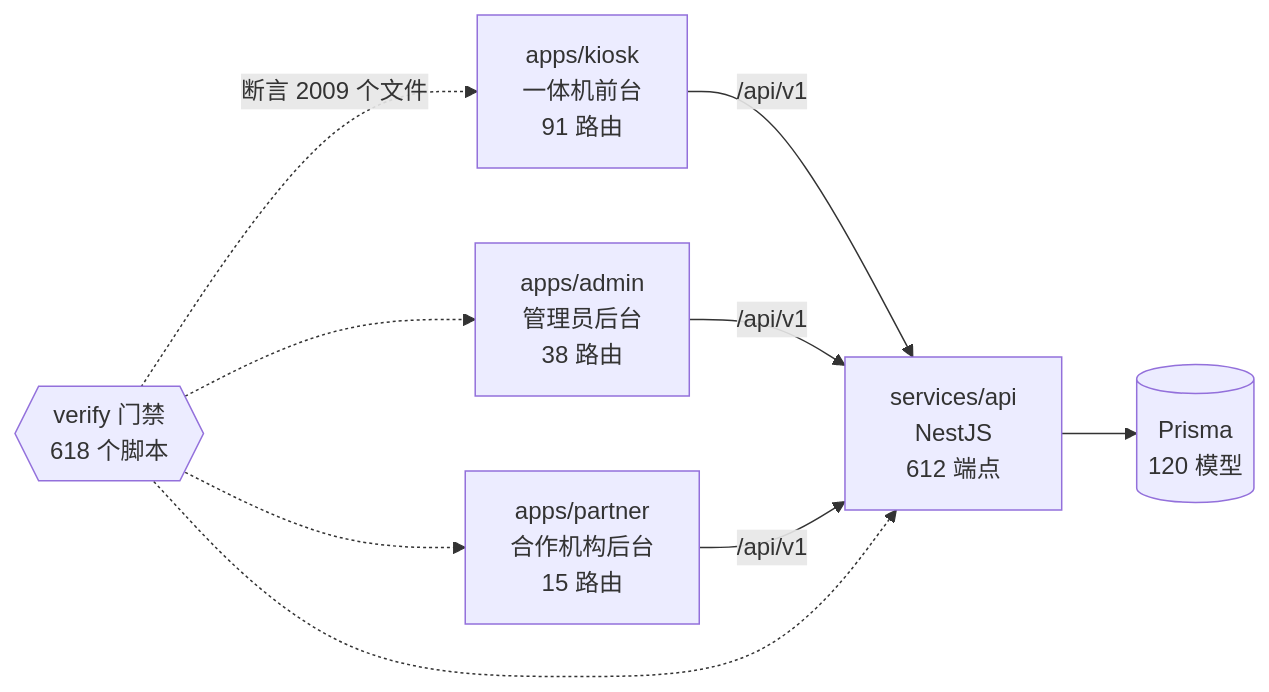
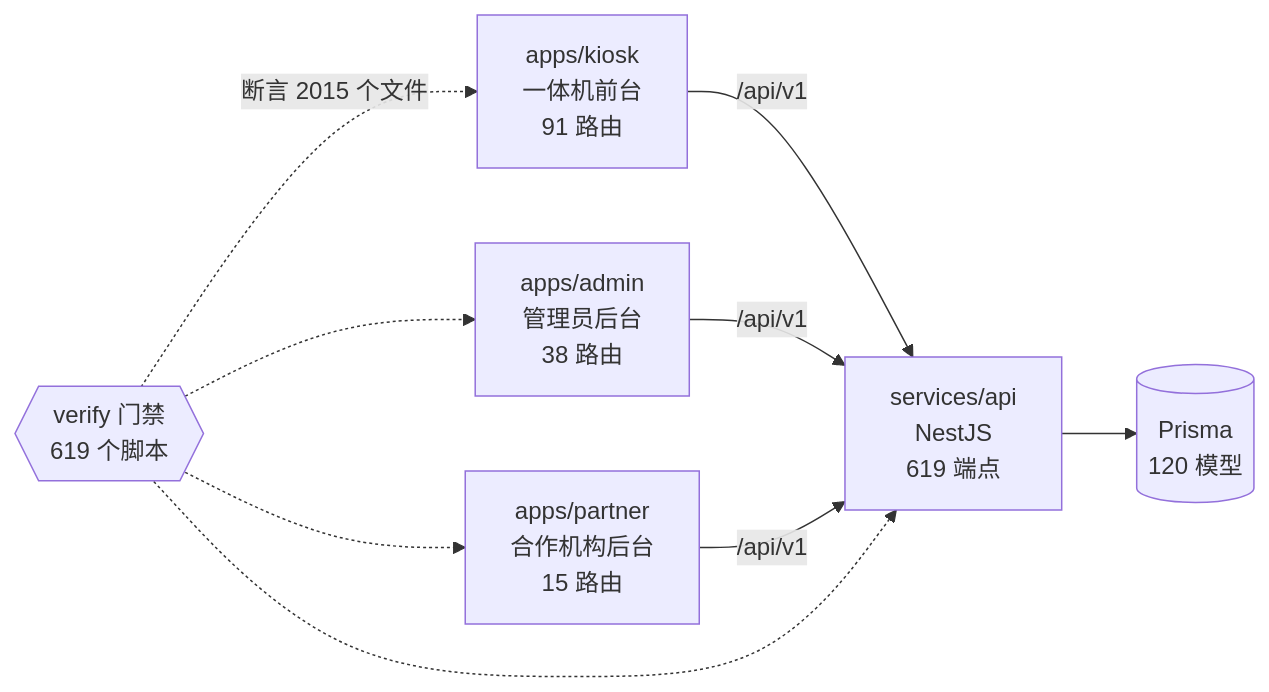
Before and after one commit to wanglei581/YITIJI: the diagram in docs/graph/README.md, drawn with Mermaid. The commit also changed other lines of this file and 19 other files, not shown here.

````diff
--- a/docs/graph/README.md
+++ b/docs/graph/README.md
@@ -68,18 +68,18 @@
 ```mermaid
 flowchart LR
   kiosk["apps/kiosk<br/>一体机前台<br/>91 路由"]
   admin["apps/admin<br/>管理员后台<br/>38 路由"]
   partner["apps/partner<br/>合作机构后台<br/>15 路由"]
-  api["services/api<br/>NestJS<br/>612 端点"]
+  api["services/api<br/>NestJS<br/>619 端点"]
   db[("Prisma<br/>120 模型")]
-  gates{{"verify 门禁<br/>618 个脚本"}}
+  gates{{"verify 门禁<br/>619 个脚本"}}
 
   kiosk -->|"/api/v1"| api
   admin -->|"/api/v1"| api
   partner -->|"/api/v1"| api
   api --> db
-  gates -.->|"断言 2009 个文件"| kiosk
+  gates -.->|"断言 2015 个文件"| kiosk
   gates -.-> admin
   gates -.-> partner
   gates -.-> api
 ```
````
